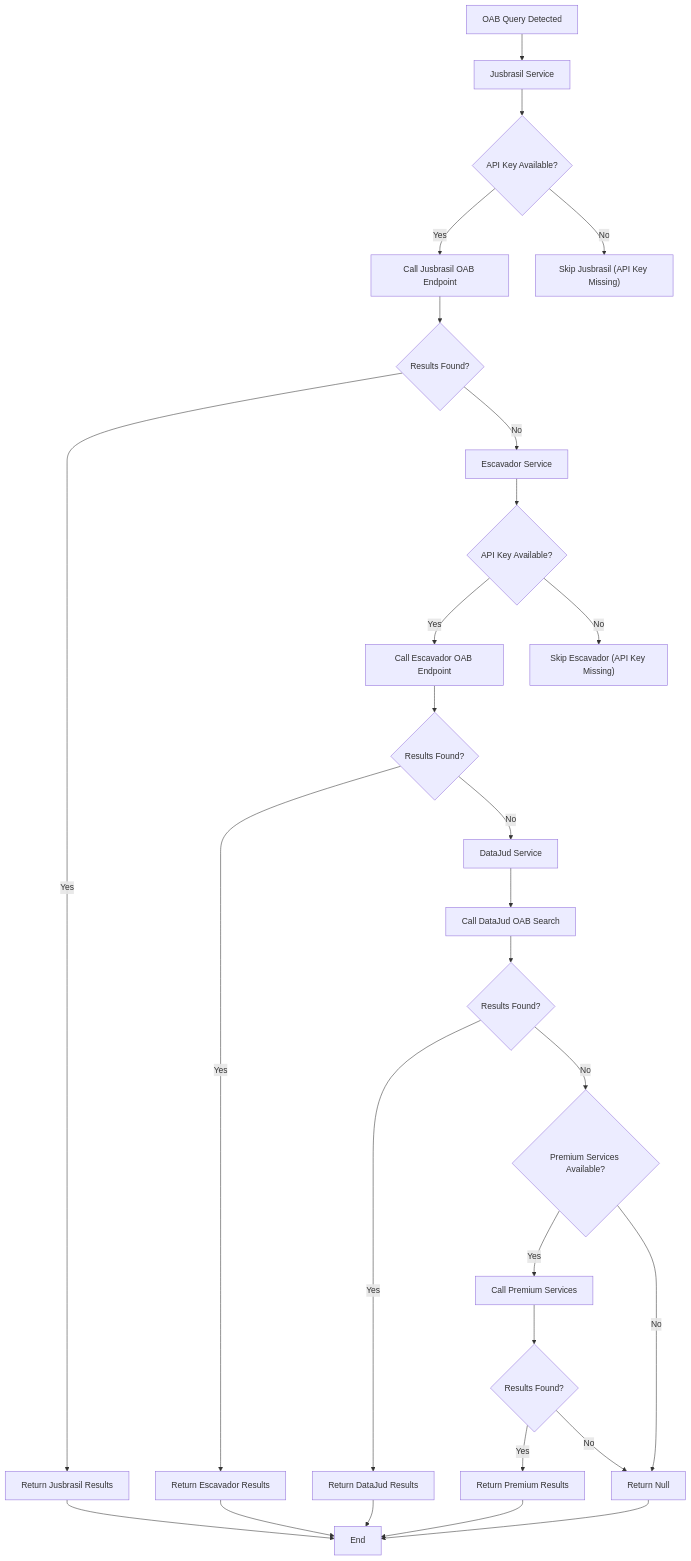
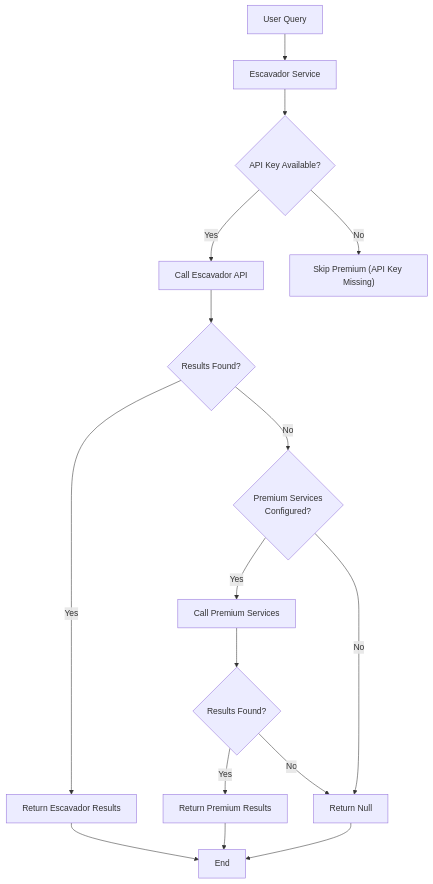
Before and after one commit to Alexandrexicara/bot-processos: diagram 13 of 16 in .qoder/repowiki/en/content/API Integration Layer/API Integration Layer.md, drawn with Mermaid. The commit also changed other lines of this file and 10 other files, not shown here.

````diff
--- a/.qoder/repowiki/en/content/API Integration Layer/API Integration Layer.md
+++ b/.qoder/repowiki/en/content/API Integration Layer/API Integration Layer.md
@@ -682,30 +665,18 @@
 ```mermaid
 flowchart TD
-OABQuery["OAB Query Detected"] --> Jusbrasil["Jusbrasil Service"]
-Jusbrasil --> JusbrasilCheck{"API Key Available?"}
-JusbrasilCheck --> |Yes| JusbrasilCall["Call Jusbrasil OAB Endpoint"]
-JusbrasilCheck --> |No| EscavadorSkip["Skip Jusbrasil (API Key Missing)"]
-JusbrasilCall --> JusbrasilSuccess{"Results Found?"}
-JusbrasilSuccess --> |Yes| ReturnJusbrasil["Return Jusbrasil Results"]
-JusbrasilSuccess --> |No| Escavador["Escavador Service"]
+Query["User Query"] --> Escavador["Escavador Service"]
 Escavador --> EscavadorCheck{"API Key Available?"}
-EscavadorCheck --> |Yes| EscavadorCall["Call Escavador OAB Endpoint"]
-EscavadorCheck --> |No| DataJudSkip["Skip Escavador (API Key Missing)"]
+EscavadorCheck --> |Yes| EscavadorCall["Call Escavador API"]
+EscavadorCheck --> |No| PremiumSkip["Skip Premium (API Key Missing)"]
 EscavadorCall --> EscavadorSuccess{"Results Found?"}
 EscavadorSuccess --> |Yes| ReturnEscavador["Return Escavador Results"]
-EscavadorSuccess --> |No| DataJud["DataJud Service"]
-DataJud --> DataJudCall["Call DataJud OAB Search"]
-DataJudCall --> DataJudSuccess{"Results Found?"}
-DataJudSuccess --> |Yes| ReturnDataJud["Return DataJud Results"]
-DataJudSuccess --> |No| PremiumCheck{"Premium Services Available?"}
+EscavadorSuccess --> |No| PremiumCheck{"Premium Services<br/>Configured?"}
 PremiumCheck --> |Yes| PremiumCall["Call Premium Services"]
 PremiumCheck --> |No| ReturnNull["Return Null"]
 PremiumCall --> PremiumSuccess{"Results Found?"}
 PremiumSuccess --> |Yes| ReturnPremium["Return Premium Results"]
 PremiumSuccess --> |No| ReturnNull
-ReturnJusbrasil --> End["End"]
-ReturnEscavador --> End
-ReturnDataJud --> End
+ReturnEscavador --> End["End"]
 ReturnPremium --> End
 ReturnNull --> End
 ```
````
